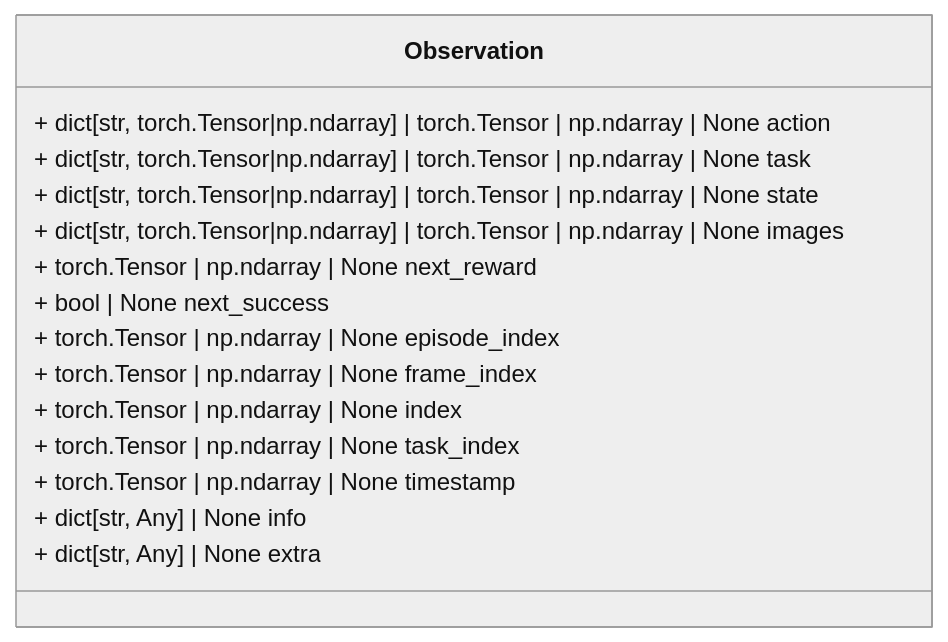
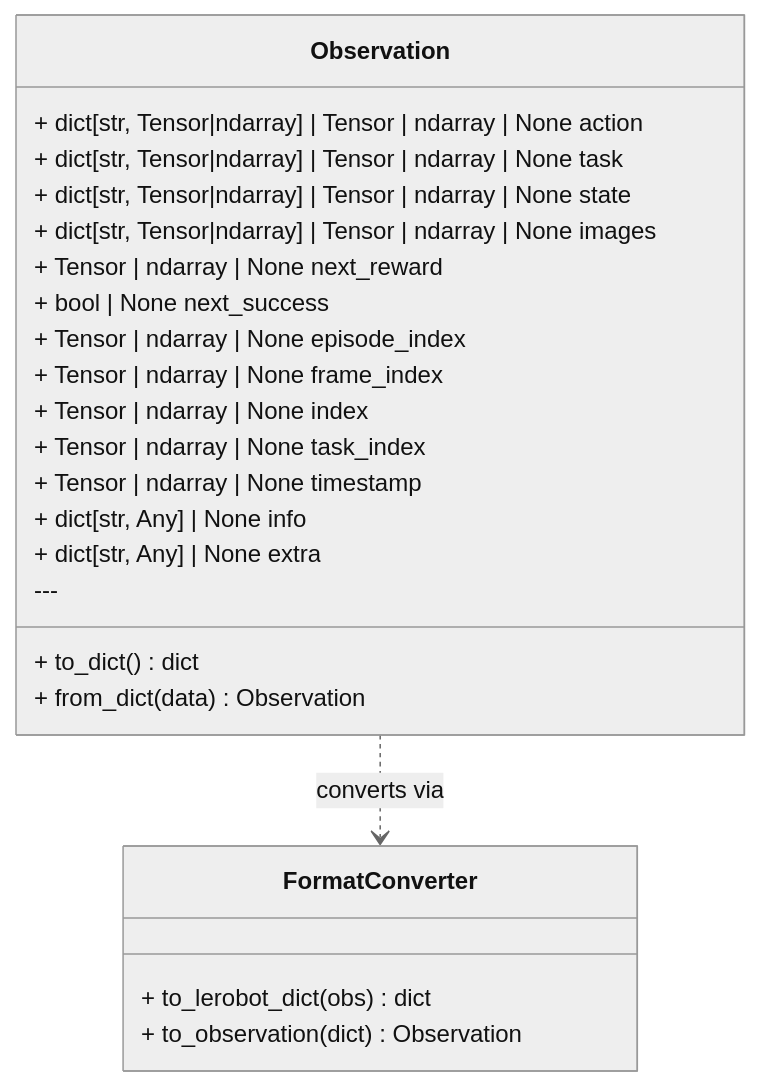
Before and after one commit to open-edge-platform/physical-ai-studio: the diagram in library/docs/design/data/dataclasses.md, drawn with Mermaid (neutral theme). The commit also changed other lines of this file, not shown here.

Commit message:
Update Observation dataclass documentation to enhance clarity and detail, including key features, class structure, core fields, and usage patterns.

````diff
--- a/library/docs/design/data/dataclasses.md
+++ b/library/docs/design/data/dataclasses.md
@@ -10,18 +26,28 @@
 ```mermaid
 classDiagram
     class Observation {
-        + dict[str, torch.Tensor|np.ndarray] | torch.Tensor | np.ndarray | None action
-        + dict[str, torch.Tensor|np.ndarray] | torch.Tensor | np.ndarray | None task
-        + dict[str, torch.Tensor|np.ndarray] | torch.Tensor | np.ndarray | None state
-        + dict[str, torch.Tensor|np.ndarray] | torch.Tensor | np.ndarray | None images
-        + torch.Tensor | np.ndarray | None next_reward
+        + dict[str, Tensor|ndarray] | Tensor | ndarray | None action
+        + dict[str, Tensor|ndarray] | Tensor | ndarray | None task
+        + dict[str, Tensor|ndarray] | Tensor | ndarray | None state
+        + dict[str, Tensor|ndarray] | Tensor | ndarray | None images
+        + Tensor | ndarray | None next_reward
         + bool | None next_success
-        + torch.Tensor | np.ndarray | None episode_index
-        + torch.Tensor | np.ndarray | None frame_index
-        + torch.Tensor | np.ndarray | None index
-        + torch.Tensor | np.ndarray | None task_index
-        + torch.Tensor | np.ndarray | None timestamp
+        + Tensor | ndarray | None episode_index
+        + Tensor | ndarray | None frame_index
+        + Tensor | ndarray | None index
+        + Tensor | ndarray | None task_index
+        + Tensor | ndarray | None timestamp
         + dict[str, Any] | None info
         + dict[str, Any] | None extra
+        ---
+        + to_dict() dict
+        + from_dict(data) Observation
     }
+
+    class FormatConverter {
+        + to_lerobot_dict(obs) dict
+        + to_observation(dict) Observation
+    }
+
+    Observation ..> FormatConverter: converts via
 ```
````
